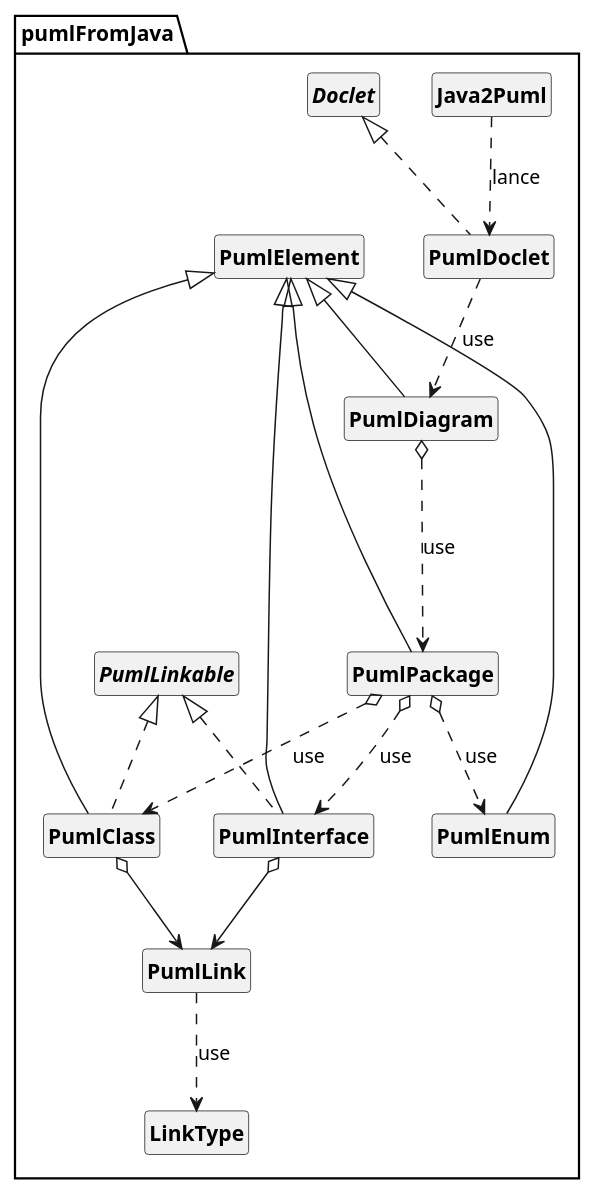
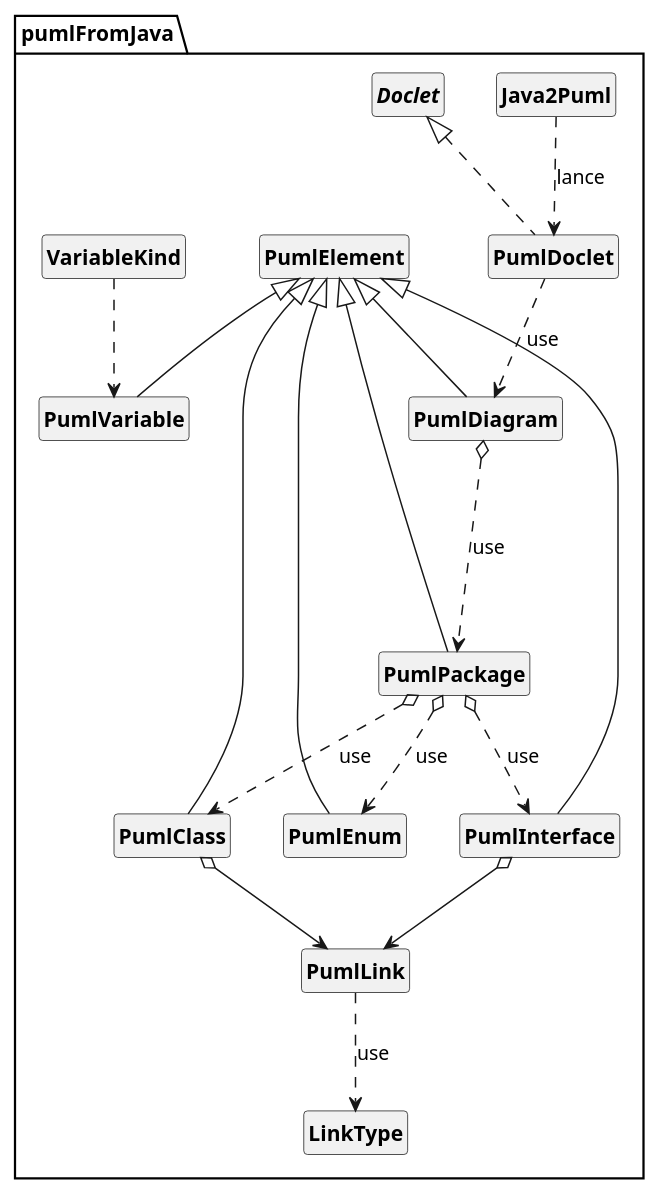
The diagram in uml/DCA API.puml (Lykomonix/API-JAVAtoPUML), drawn with PlantUML before and after one commit. The commit also changed 4 other files, not shown here.

```diff
--- a/uml/DCA API.puml
+++ b/uml/DCA API.puml
@@ -1,43 +1,47 @@
 @startuml
 
 skinparam style strictuml
 skinparam classAttributeIconSize 0
 skinparam classFontStyle Bold
 hide empty members
 
 Package "pumlFromJava" {
 
 class Java2Puml
 
 class PumlDoclet implements Doclet
 
 class PumlElement
 
 class PumlDiagram extends PumlElement
 
-class PumlClass extends PumlElement implements PumlLinkable
+class PumlClass extends PumlElement
 
 class PumlEnum extends PumlElement
 
-class PumlInterface extends PumlElement implements PumlLinkable
+class PumlInterface extends PumlElement
 
 class PumlPackage extends PumlElement
 
 class PumlLink
 
-Interface PumlLinkable
+class PumlVariable extends PumlElement
+
 
 enum LinkType
+
+enum VariableKind
 
 PumlDoclet ..> PumlDiagram : use
 Java2Puml ..> PumlDoclet : lance
 PumlDiagram o...> PumlPackage : use
 PumlPackage o..> PumlClass : use
 PumlPackage o..> PumlInterface : use
 PumlPackage o..> PumlEnum : use
 PumlLink ..> LinkType : use
 PumlInterface o--> PumlLink
 PumlClass o--> PumlLink
+VariableKind ..> PumlVariable
 }
 
 @enduml
```
